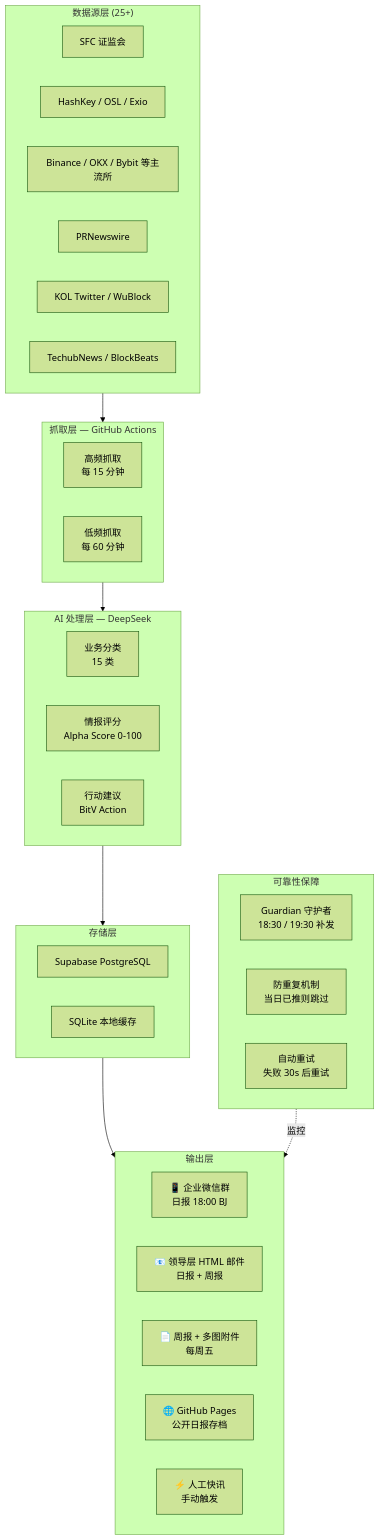
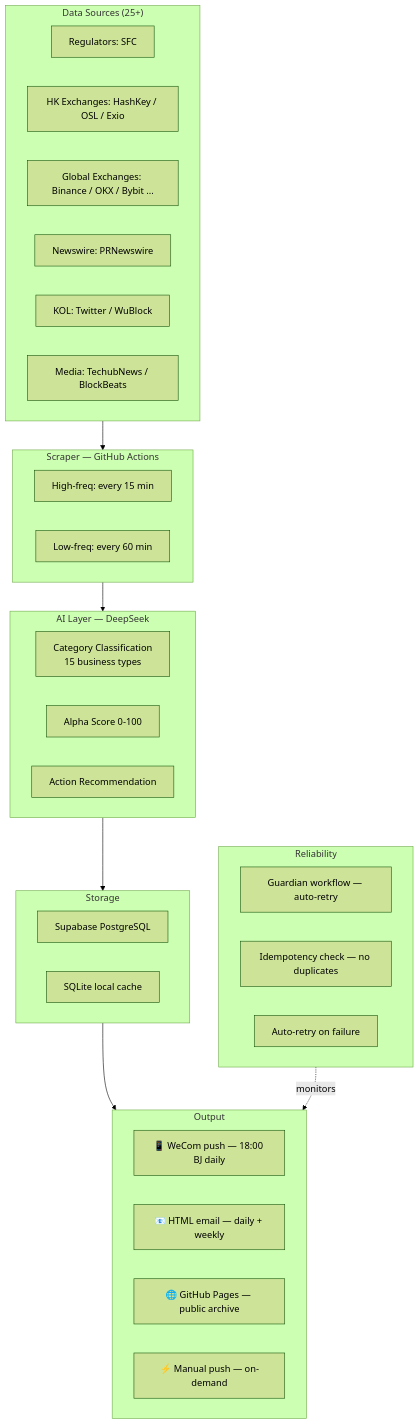
The diagram in README.md (Beltran12138/Web3Watch-HK), drawn with Mermaid (forest theme) before and after one commit. The commit also changed other lines of this file and 1 other file, not shown here.

Commit message:
docs: update .env.example with WEEKLY_EMAIL_TO and Supabase key hint

````diff
--- a/README.md
+++ b/README.md
@@ -17,47 +41,43 @@
 ```mermaid
 graph TD
-    subgraph Sources["数据源层 (25+)"]
-        A1[SFC 证监会]
-        A2[HashKey / OSL / Exio]
-        A3[Binance / OKX / Bybit 等主流所]
-        A4[PRNewswire]
-        A5[KOL Twitter / WuBlock]
-        A6[TechubNews / BlockBeats]
+    subgraph Sources["Data Sources (25+)"]
+        A1[Regulators: SFC]
+        A2[HK Exchanges: HashKey / OSL / Exio]
+        A3[Global Exchanges: Binance / OKX / Bybit ...]
+        A4[Newswire: PRNewswire]
+        A5[KOL: Twitter / WuBlock]
+        A6[Media: TechubNews / BlockBeats]
     end
 
-    subgraph Scraper["抓取层 — GitHub Actions"]
-        B1[高频抓取<br/>每 15 分钟]
-        B2[低频抓取<br/>每 60 分钟]
+    subgraph Scraper["Scraper — GitHub Actions"]
+        B1[High-freq: every 15 min]
+        B2[Low-freq: every 60 min]
     end
 
-    subgraph AI["AI 处理层 — DeepSeek"]
-        C1[业务分类<br/>15 类]
-        C2[情报评分<br/>Alpha Score 0-100]
-        C3[行动建议<br/>BitV Action]
+    subgraph AI["AI Layer — DeepSeek"]
+        C1[Category Classification<br/>15 business types]
+        C2[Alpha Score 0-100]
+        C3[Action Recommendation]
     end
 
-    subgraph Storage["存储层"]
+    subgraph Storage["Storage"]
         D1[Supabase PostgreSQL]
-        D2[SQLite 本地缓存]
+        D2[SQLite local cache]
     end
 
-    subgraph Output["输出层"]
-        E1[📱 企业微信群<br/>日报 18:00 BJ]
-        E2[📧 领导层 HTML 邮件<br/>日报 + 周报]
-        E3[📄 周报 + 多图附件<br/>每周五]
-        E4[🌐 GitHub Pages<br/>公开日报存档]
-        E5[⚡ 人工快讯<br/>手动触发]
+    subgraph Output["Output"]
+        E1[📱 WeCom push — 18:00 BJ daily]
+        E2[📧 HTML email — daily + weekly]
+        E3[🌐 GitHub Pages — public archive]
+        E4[⚡ Manual push — on-demand]
     end
 
-    subgraph Reliability["可靠性保障"]
-        F1[Guardian 守护者<br/>18:30 / 19:30 补发]
-        F2[防重复机制<br/>当日已推则跳过]
-        F3[自动重试<br/>失败 30s 后重试]
+    subgraph Reliability["Reliability"]
+        F1[Guardian workflow — auto-retry]
+        F2[Idempotency check — no duplicates]
+        F3[Auto-retry on failure]
     end
 
-    Sources --> Scraper
-    Scraper --> AI
-    AI --> Storage
-    Storage --> Output
-    Reliability -.->|监控| Output
+    Sources --> Scraper --> AI --> Storage --> Output
+    Reliability -.->|monitors| Output
 ```
````
